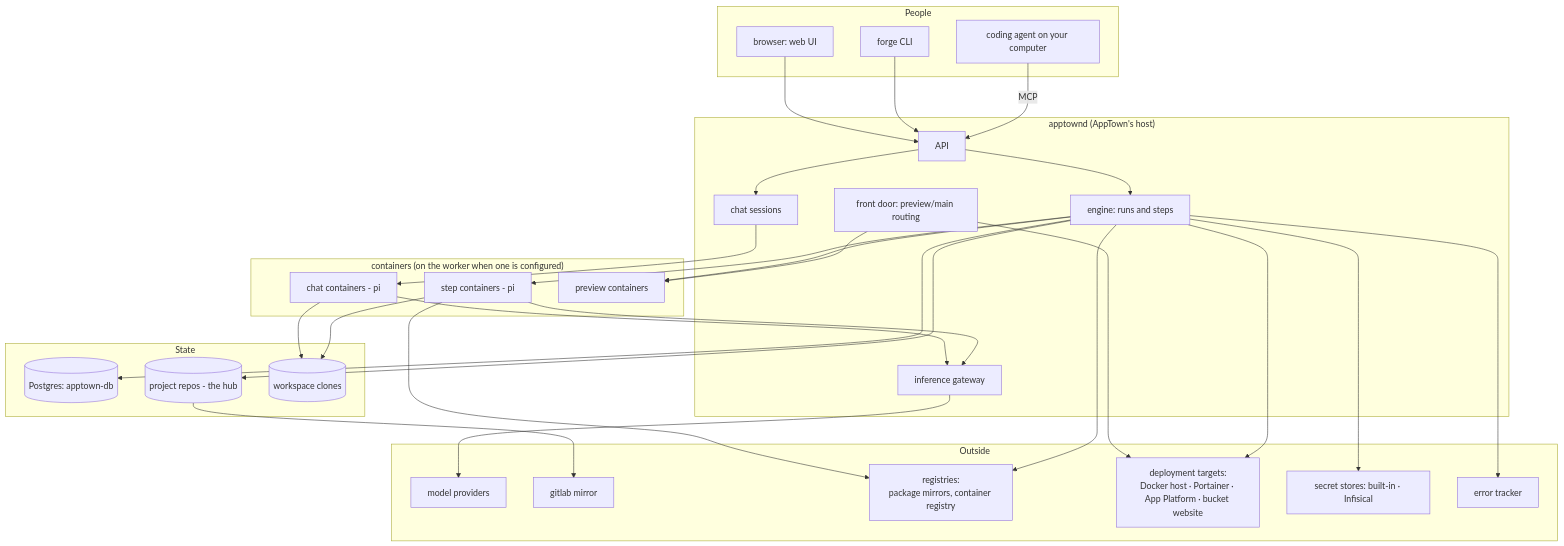
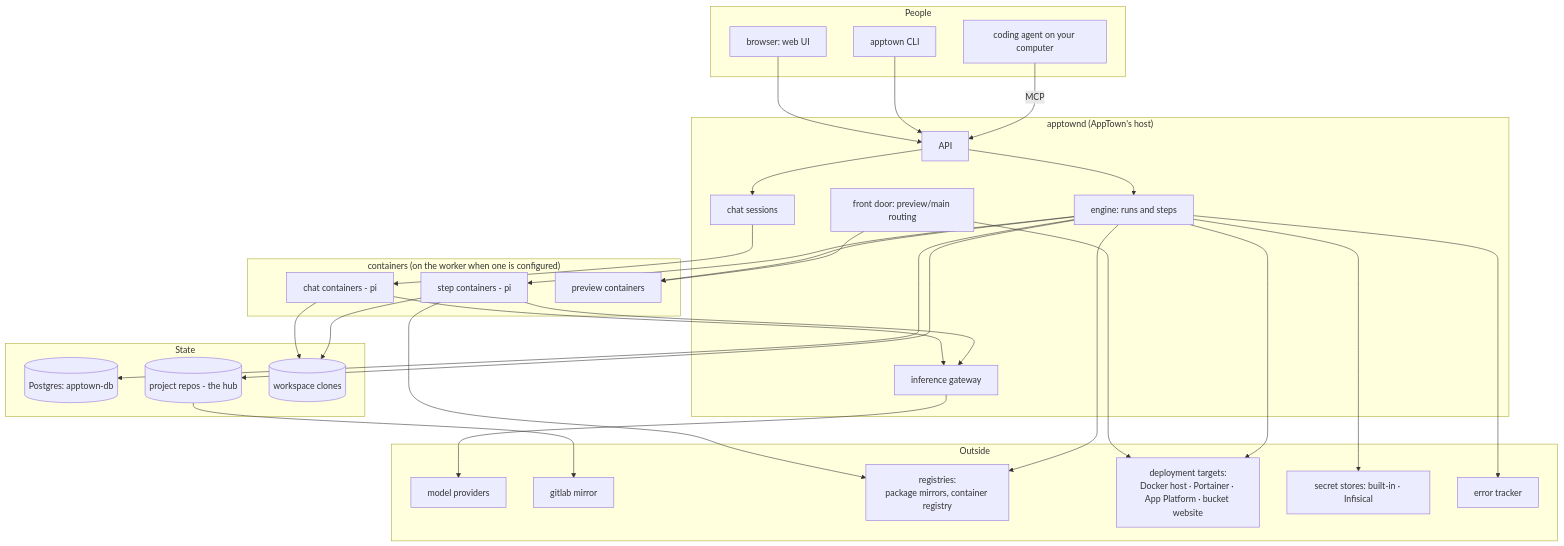
One commit to flokkit/apptown changed the first of 14 diagrams in stock/docs/guides/architecture.md. Above: the diagram before and after it, drawn with Mermaid. The commit also changed other lines of this file and 152 other files, not shown here.

````diff
--- a/stock/docs/guides/architecture.md
+++ b/stock/docs/guides/architecture.md
@@ -25,58 +25,58 @@
 ```mermaid
 flowchart TD
     subgraph People
         B[browser: web UI]
-        C[forge CLI]
+        C[apptown CLI]
         AG[coding agent on your computer]
     end
     subgraph apptownd["apptownd (AppTown's host)"]
         API[API]
         ENG[engine: runs and steps]
         CON[chat sessions]
         VH[front door: preview/main routing]
         GW[inference gateway]
     end
     subgraph Containers["containers (on the worker when one is configured)"]
         CC[chat containers - pi]
         SC[step containers - pi]
         PV[preview containers]
     end
     subgraph State
         DB[(Postgres: apptown-db)]
         HUB[(project repos - the hub)]
         WS[(workspace clones)]
     end
     subgraph Outside
         M[model providers]
         GL[gitlab mirror]
         NX[registries:
 package mirrors, container registry]
         TG[deployment targets:
 Docker host · Portainer · App Platform · bucket website]
         SS[secret stores: built-in · Infisical]
         ER[error tracker]
     end
     B --> API
     C --> API
     AG -->|MCP| API
     API --> ENG
     API --> CON
     ENG --> SC
     CON --> CC
     ENG --> PV
     VH --> PV
     VH --> TG
     ENG --> DB
     ENG --> HUB
     CC --> WS
     SC --> WS
     CC --> GW
     SC --> GW
     GW --> M
     HUB --> GL
     SC --> NX
     ENG --> NX
     ENG --> TG
     ENG --> SS
     ENG --> ER
 ```
````
